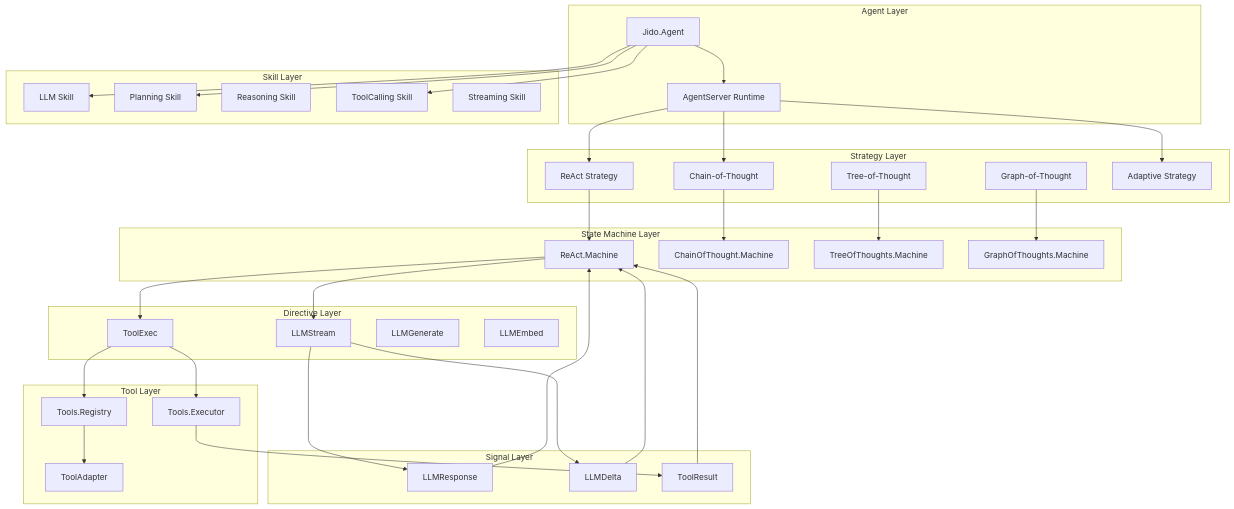
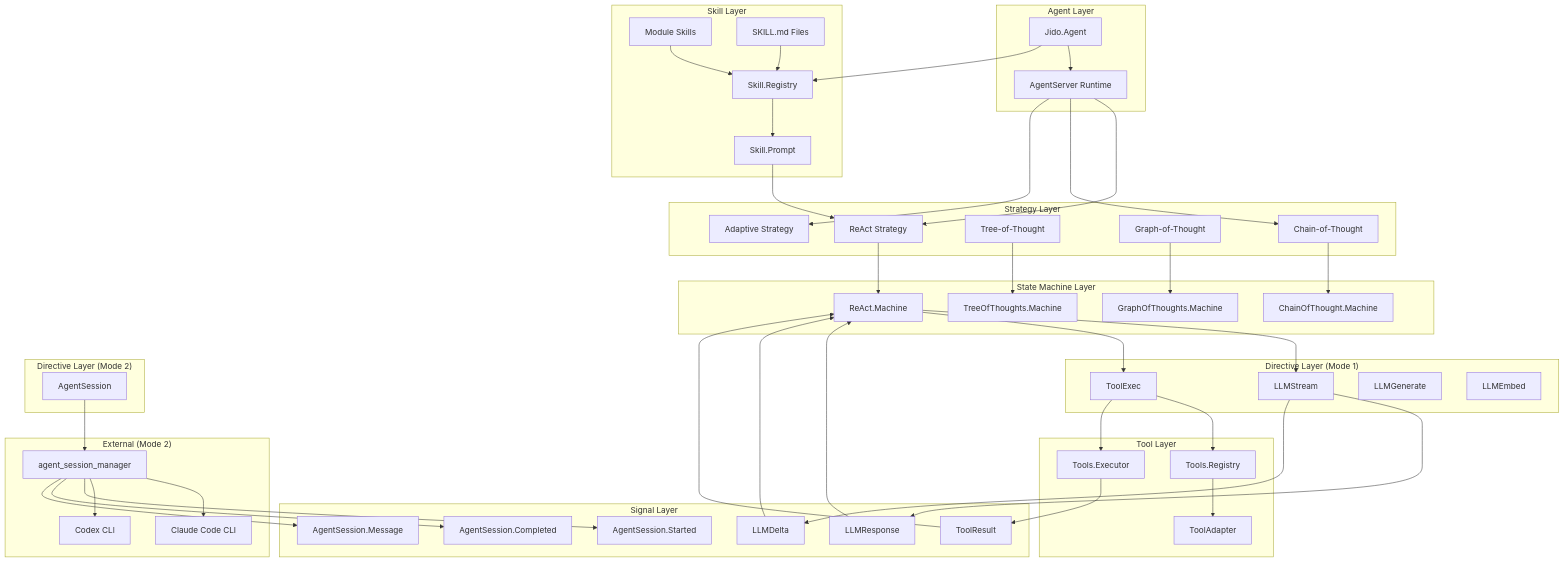
The first of 2 diagrams in guides/developer/01_architecture_overview.md (agentjido/jido_ai), drawn with Mermaid before and after one commit. The commit also changed other lines of this file and 4 other files, not shown here.

First line of the commit message:
docs: overhaul architecture, skills system, and v2.0 changelog

````diff
--- a/guides/developer/01_architecture_overview.md
+++ b/guides/developer/01_architecture_overview.md
@@ -57,11 +62,15 @@
         GoTMachine[GraphOfThoughts.Machine]
     end
 
-    subgraph "Directive Layer"
+    subgraph "Directive Layer (Mode 1)"
         LLMStream[LLMStream]
         ToolExec[ToolExec]
         LLMGenerate[LLMGenerate]
         LLMEmbed[LLMEmbed]
+    end
+
+    subgraph "Directive Layer (Mode 2)"
+        AgentSession[AgentSession]
     end
 
     subgraph "Tool Layer"
@@ -74,14 +83,22 @@
         LLMResponse[LLMResponse]
         LLMDelta[LLMDelta]
         ToolResult[ToolResult]
+        ASStarted[AgentSession.Started]
+        ASCompleted[AgentSession.Completed]
+        ASMessage[AgentSession.Message]
     end
 
     subgraph "Skill Layer"
-        LLM[LLM Skill]
-        Planning[Planning Skill]
-        Reasoning[Reasoning Skill]
-        ToolCalling[ToolCalling Skill]
-        Streaming[Streaming Skill]
+        SkillMod[Module Skills]
+        SkillFile[SKILL.md Files]
+        SkillRegistry[Skill.Registry]
+        SkillPrompt[Skill.Prompt]
+    end
+
+    subgraph "External (Mode 2)"
+        ASM[agent_session_manager]
+        ClaudeCLI[Claude Code CLI]
+        CodexCLI[Codex CLI]
     end
 
     Agent --> AgentServer
@@ -109,7 +126,17 @@
     ToolResult --> ReActMachine
     LLMDelta --> ReActMachine
 
-    Agent --> LLM
-    Agent --> Planning
-    Agent --> ToolCalling
+    AgentSession --> ASM
+    ASM --> ClaudeCLI
+    ASM --> CodexCLI
+    ASM --> ASStarted
+    ASM --> ASCompleted
+    ASM --> ASMessage
+
+    SkillMod --> SkillRegistry
+    SkillFile --> SkillRegistry
+    SkillRegistry --> SkillPrompt
+    SkillPrompt --> ReAct
+
+    Agent --> SkillRegistry
 ```
````
